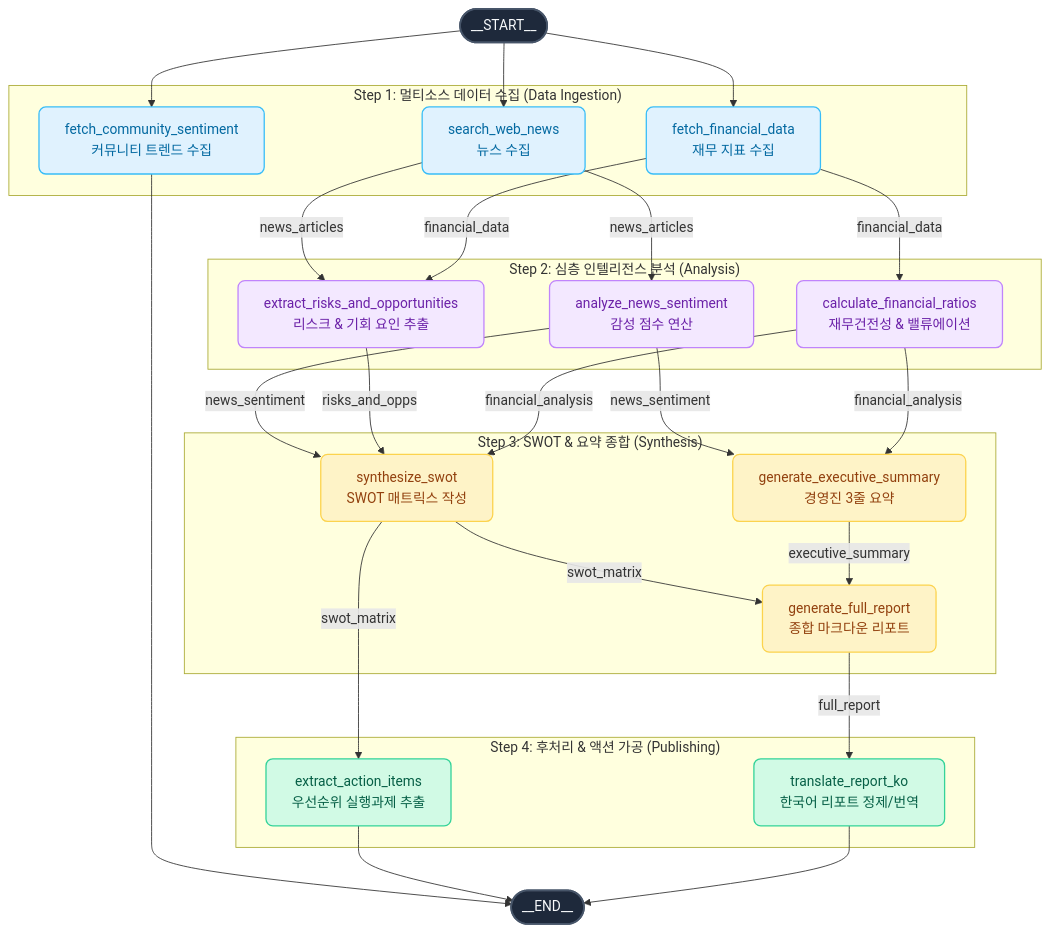
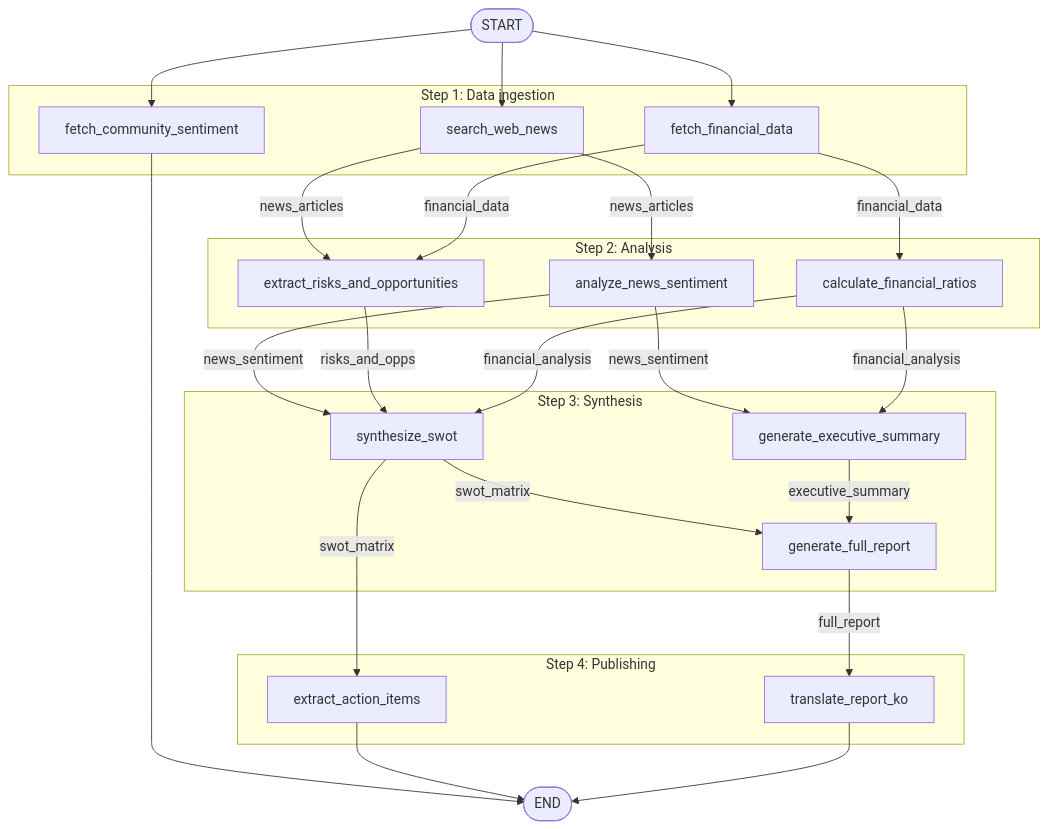
Before and after one commit to Jacob-9909/DAG: the diagram in README.md, drawn with Mermaid. The commit also changed other lines of this file and 1 other file, not shown here.

````diff
--- a/README.md
+++ b/README.md
@@ -35,60 +27,35 @@
 ```mermaid
 flowchart TD
-    classDef startEnd fill:#1e293b,color:#f8fafc,stroke:#475569,stroke-width:2px,rx:10px;
-    classDef ingest fill:#e0f2fe,color:#0369a1,stroke:#38bdf8,stroke-width:1.5px,rx:8px;
-    classDef analyze fill:#f3e8ff,color:#6b21a8,stroke:#c084fc,stroke-width:1.5px,rx:8px;
-    classDef synth fill:#fef3c7,color:#92400e,stroke:#fcd34d,stroke-width:1.5px,rx:8px;
-    classDef pub fill:#d1fae5,color:#065f46,stroke:#34d399,stroke-width:1.5px,rx:8px;
+    START(["START"])
+    subgraph Step1 ["Step 1: Data ingestion"]
+        N1["search_web_news"]
+        N2["fetch_financial_data"]
+        N3["fetch_community_sentiment"]
+    end
+    subgraph Step2 ["Step 2: Analysis"]
+        N4["analyze_news_sentiment"]
+        N5["extract_risks_and_opportunities"]
+        N6["calculate_financial_ratios"]
+    end
+    subgraph Step3 ["Step 3: Synthesis"]
+        N7["synthesize_swot"]
+        N8["generate_executive_summary"]
+        N9["generate_full_report"]
+    end
+    subgraph Step4 ["Step 4: Publishing"]
+        N10["extract_action_items"]
+        N11["translate_report_ko"]
+    end
+    END(["END"])
 
-    START(["__START__"]):::startEnd
-
-    subgraph Step1 ["Step 1: 멀티소스 데이터 수집 (Data Ingestion)"]
-        N1["search_web_news<br/>뉴스 수집"]:::ingest
-        N2["fetch_financial_data<br/>재무 지표 수집"]:::ingest
-        N3["fetch_community_sentiment<br/>커뮤니티 트렌드 수집"]:::ingest
-    end
-
-    subgraph Step2 ["Step 2: 심층 인텔리전스 분석 (Analysis)"]
-        N4["analyze_news_sentiment<br/>감성 점수 연산"]:::analyze
-        N5["extract_risks_and_opportunities<br/>리스크 & 기회 요인 추출"]:::analyze
-        N6["calculate_financial_ratios<br/>재무건전성 & 밸류에이션"]:::analyze
-    end
-
-    subgraph Step3 ["Step 3: SWOT & 요약 종합 (Synthesis)"]
-        N7["synthesize_swot<br/>SWOT 매트릭스 작성"]:::synth
-        N8["generate_executive_summary<br/>경영진 3줄 요약"]:::synth
-        N9["generate_full_report<br/>종합 마크다운 리포트"]:::synth
-    end
-
-    subgraph Step4 ["Step 4: 후처리 & 액션 가공 (Publishing)"]
-        N10["extract_action_items<br/>우선순위 실행과제 추출"]:::pub
-        N11["translate_report_ko<br/>한국어 리포트 정제/번역"]:::pub
-    end
-
-    END(["__END__"]):::startEnd
-
-    START --> N1
-    START --> N2
-    START --> N3
-
-    N1 -->|news_articles| N4
-    N1 -->|news_articles| N5
-    N2 -->|financial_data| N5
-    N2 -->|financial_data| N6
-
-    N4 -->|news_sentiment| N7
+    START --> N1 & N2 & N3
+    N1 -->|news_articles| N4 & N5
+    N2 -->|financial_data| N5 & N6
+    N4 -->|news_sentiment| N7 & N8
     N5 -->|risks_and_opps| N7
-    N6 -->|financial_analysis| N7
-    N4 -->|news_sentiment| N8
-    N6 -->|financial_analysis| N8
-
-    N7 -->|swot_matrix| N9
+    N6 -->|financial_analysis| N7 & N8
+    N7 -->|swot_matrix| N9 & N10
     N8 -->|executive_summary| N9
-
-    N7 -->|swot_matrix| N10
     N9 -->|full_report| N11
-
-    N3 --> END
-    N10 --> END
-    N11 --> END
+    N3 & N10 & N11 --> END
 ```
````
